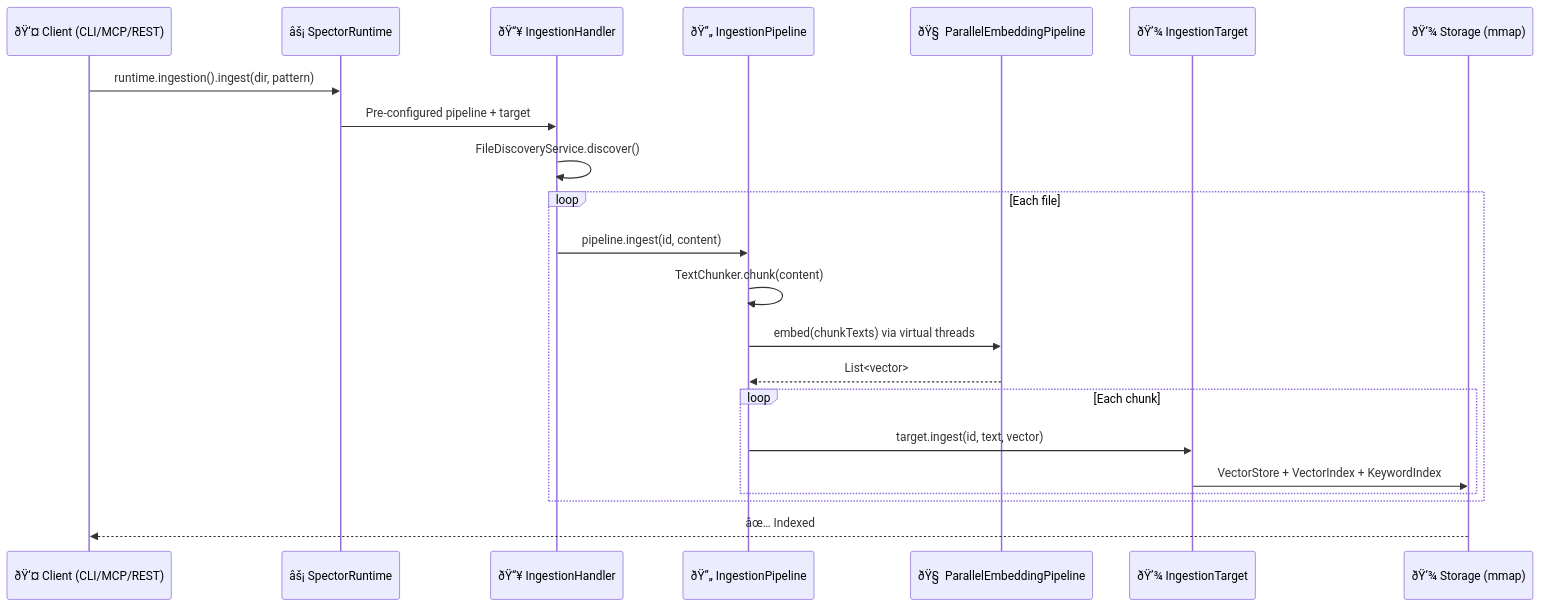
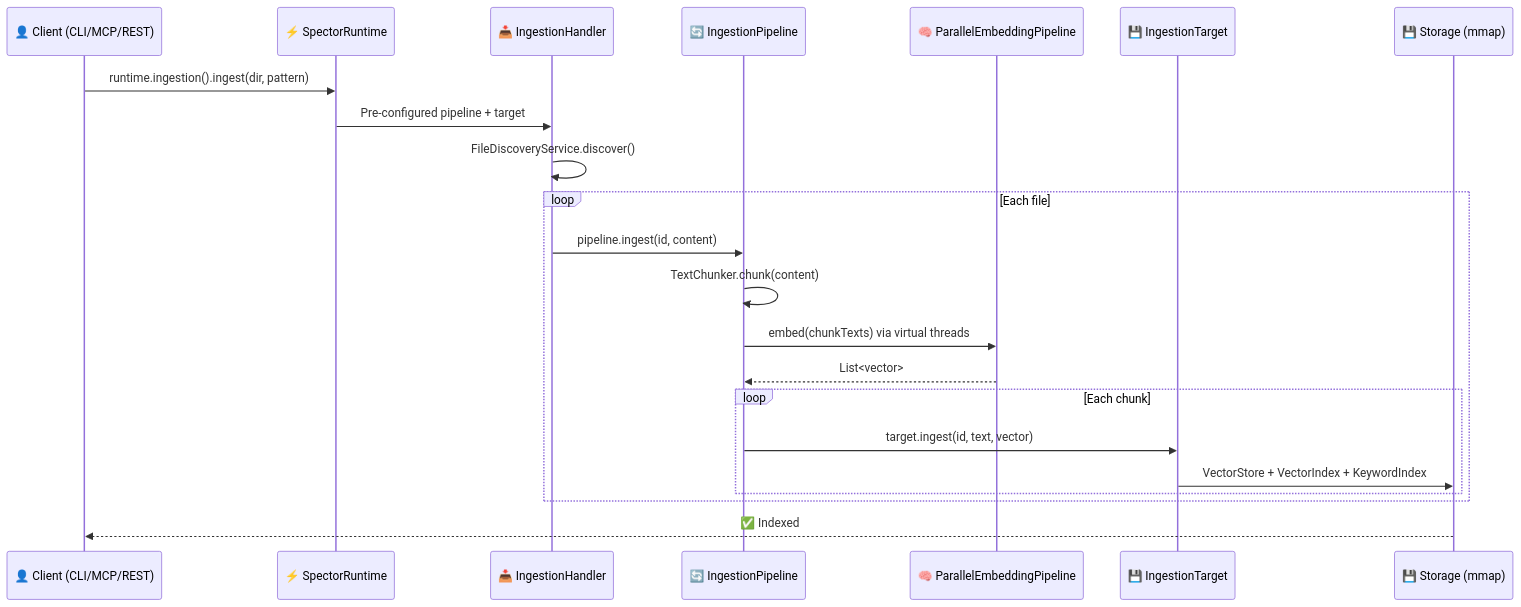
Before and after one commit to spectrayan/spector-search: the third of 7 diagrams in docs/docs/architecture/overview.md, drawn with Mermaid. The commit also changed other lines of this file and 40 other files, not shown here.

````diff
--- a/docs/docs/architecture/overview.md
+++ b/docs/docs/architecture/overview.md
@@ -153,25 +153,25 @@
 ```mermaid
 sequenceDiagram
-    participant Client as ðŸ‘¤ Client (CLI/MCP/REST)
-    participant Runtime as âš¡ SpectorRuntime
-    participant Handler as ðŸ“¥ IngestionHandler
-    participant Pipeline as ðŸ”„ IngestionPipeline
-    participant Embed as ðŸ§  ParallelEmbeddingPipeline
-    participant Target as ðŸ’¾ IngestionTarget
-    participant Store as ðŸ’¾ Storage (mmap)
+    participant Client as 👤 Client (CLI/MCP/REST)
+    participant Runtime as ⚡ SpectorRuntime
+    participant Handler as 📥 IngestionHandler
+    participant Pipeline as 🔄 IngestionPipeline
+    participant Embed as 🧠 ParallelEmbeddingPipeline
+    participant Target as 💾 IngestionTarget
+    participant Store as 💾 Storage (mmap)
 
     Client->>Runtime: runtime.ingestion().ingest(dir, pattern)
     Runtime->>Handler: Pre-configured pipeline + target
     Handler->>Handler: FileDiscoveryService.discover()
     loop Each file
         Handler->>Pipeline: pipeline.ingest(id, content)
         Pipeline->>Pipeline: TextChunker.chunk(content)
         Pipeline->>Embed: embed(chunkTexts) via virtual threads
         Embed-->>Pipeline: List<vector>
         loop Each chunk
             Pipeline->>Target: target.ingest(id, text, vector)
             Target->>Store: VectorStore + VectorIndex + KeywordIndex
         end
     end
-    Store-->>Client: âœ… Indexed
+    Store-->>Client: ✅ Indexed
 ```
````
